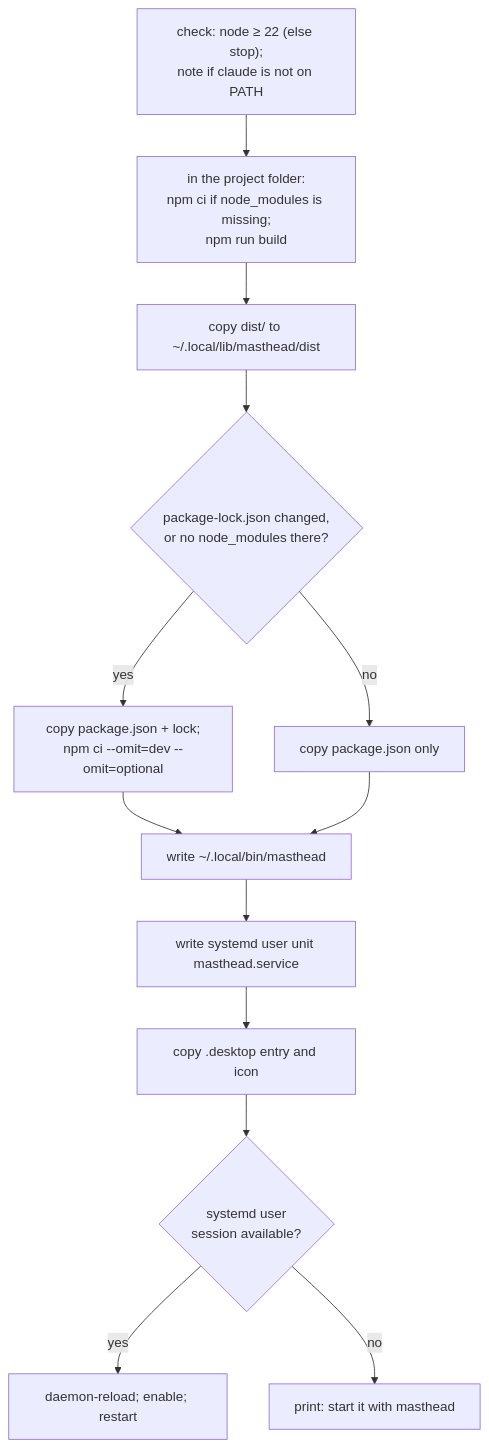
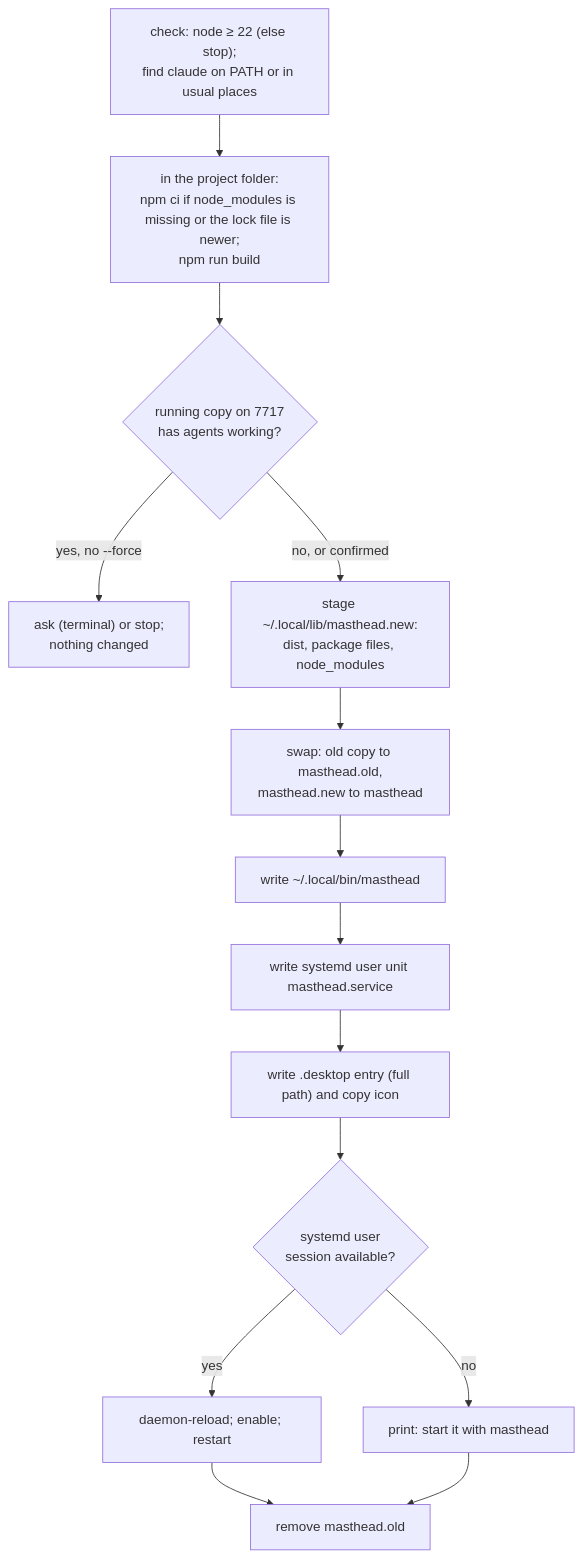
One commit to Luxorium/masthead changed the diagram in docs/wiki/Source-Install-Scripts.md. Above: the diagram before and after it, drawn with Mermaid. The commit also changed other lines of this file and 71 other files, not shown here.

````diff
--- a/docs/wiki/Source-Install-Scripts.md
+++ b/docs/wiki/Source-Install-Scripts.md
@@ -7,15 +9,16 @@
 ```mermaid
 flowchart TD
-  A["check: node ≥ 22 (else stop);<br/>note if claude is not on PATH"] --> B["in the project folder:<br/>npm ci if node_modules is missing;<br/>npm run build"]
-  B --> C["copy dist/ to ~/.local/lib/masthead/dist"]
-  C --> D{"package-lock.json changed,<br/>or no node_modules there?"}
-  D -- yes --> E["copy package.json + lock;<br/>npm ci --omit=dev --omit=optional"]
-  D -- no --> E2["copy package.json only"]
+  A["check: node ≥ 22 (else stop);<br/>find claude on PATH or in usual places"] --> B["in the project folder:<br/>npm ci if node_modules is missing or the lock file is newer;<br/>npm run build"]
+  B --> C{"running copy on 7717<br/>has agents working?"}
+  C -- "yes, no --force" --> X["ask (terminal) or stop;<br/>nothing changed"]
+  C -- "no, or confirmed" --> D["stage ~/.local/lib/masthead.new:<br/>dist, package files, node_modules"]
+  D --> E["swap: old copy to masthead.old,<br/>masthead.new to masthead"]
   E --> F["write ~/.local/bin/masthead"]
-  E2 --> F
   F --> G["write systemd user unit masthead.service"]
-  G --> H["copy .desktop entry and icon"]
+  G --> H["write .desktop entry (full path) and copy icon"]
   H --> I{"systemd user<br/>session available?"}
   I -- yes --> J["daemon-reload; enable; restart"]
   I -- no --> K["print: start it with masthead"]
+  J --> L["remove masthead.old"]
+  K --> L
 ```
````
